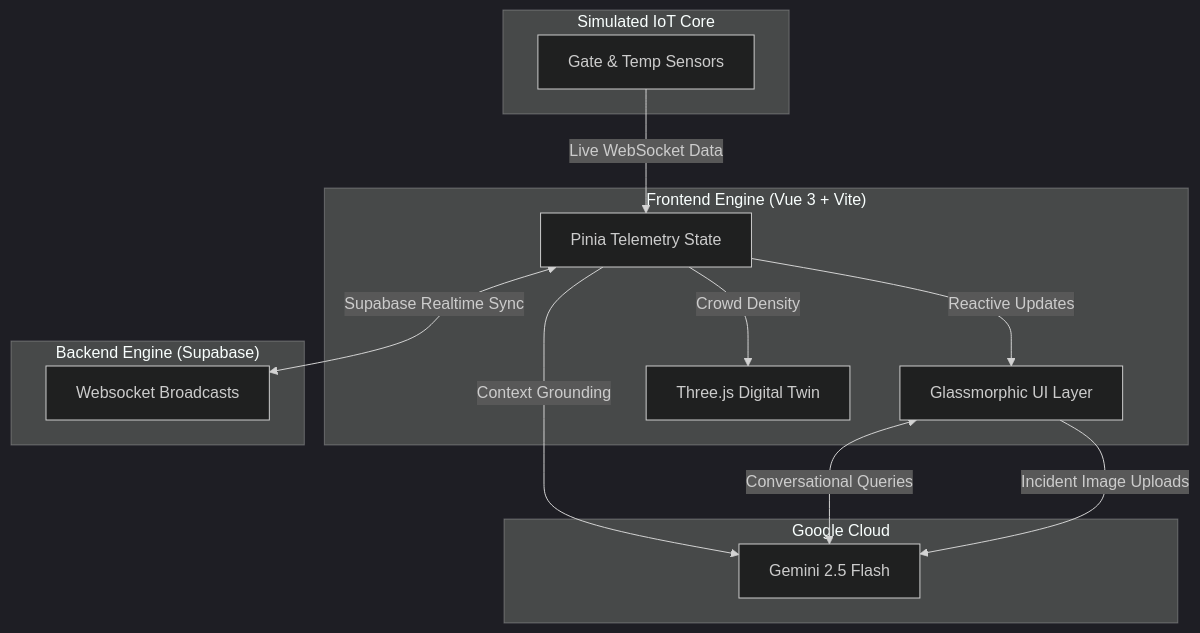
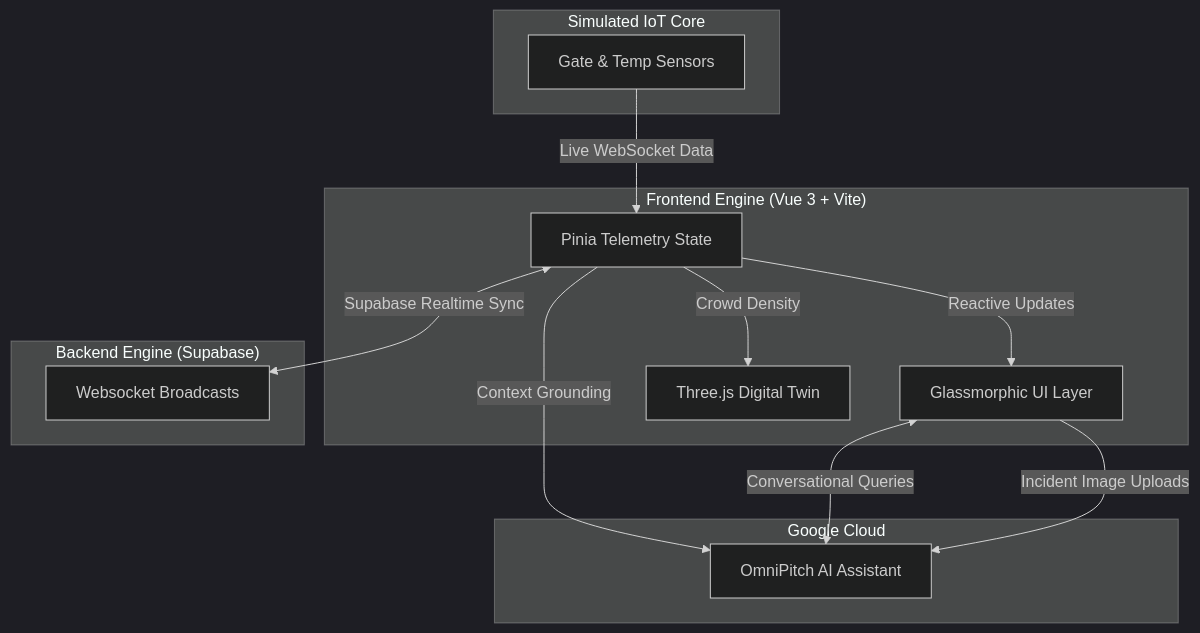
The diagram in README.md (shashankh3/omnipitch-2026), drawn with Mermaid (dark theme) before and after one commit. The commit also changed other lines of this file and 5 other files, not shown here.

Commit message:
refactor: Remove all Gemini branding — replace with OmniPitch AI / Fireworks AI across source, locales, and README

````diff
--- a/README.md
+++ b/README.md
@@ -107,28 +107,28 @@
 ```mermaid
 graph TD
     subgraph "Frontend Engine (Vue 3 + Vite)"
         UI[Glassmorphic UI Layer]
         State[Pinia Telemetry State]
         WebGL[Three.js Digital Twin]
     end
 
     subgraph "Backend Engine (Supabase)"
         Realtime[Websocket Broadcasts]
     end
 
     subgraph "Google Cloud"
-        AI[Gemini 2.5 Flash]
+        AI[OmniPitch AI Assistant]
     end
 
     subgraph "Simulated IoT Core"
         Sensors[Gate & Temp Sensors]
     end
 
     Sensors -->|Live WebSocket Data| State
     State <-->|Supabase Realtime Sync| Realtime
     State -->|Reactive Updates| UI
     State -->|Crowd Density| WebGL
     State -->|Context Grounding| AI
     UI <-->|Conversational Queries| AI
     UI -->|Incident Image Uploads| AI
 ```
````
